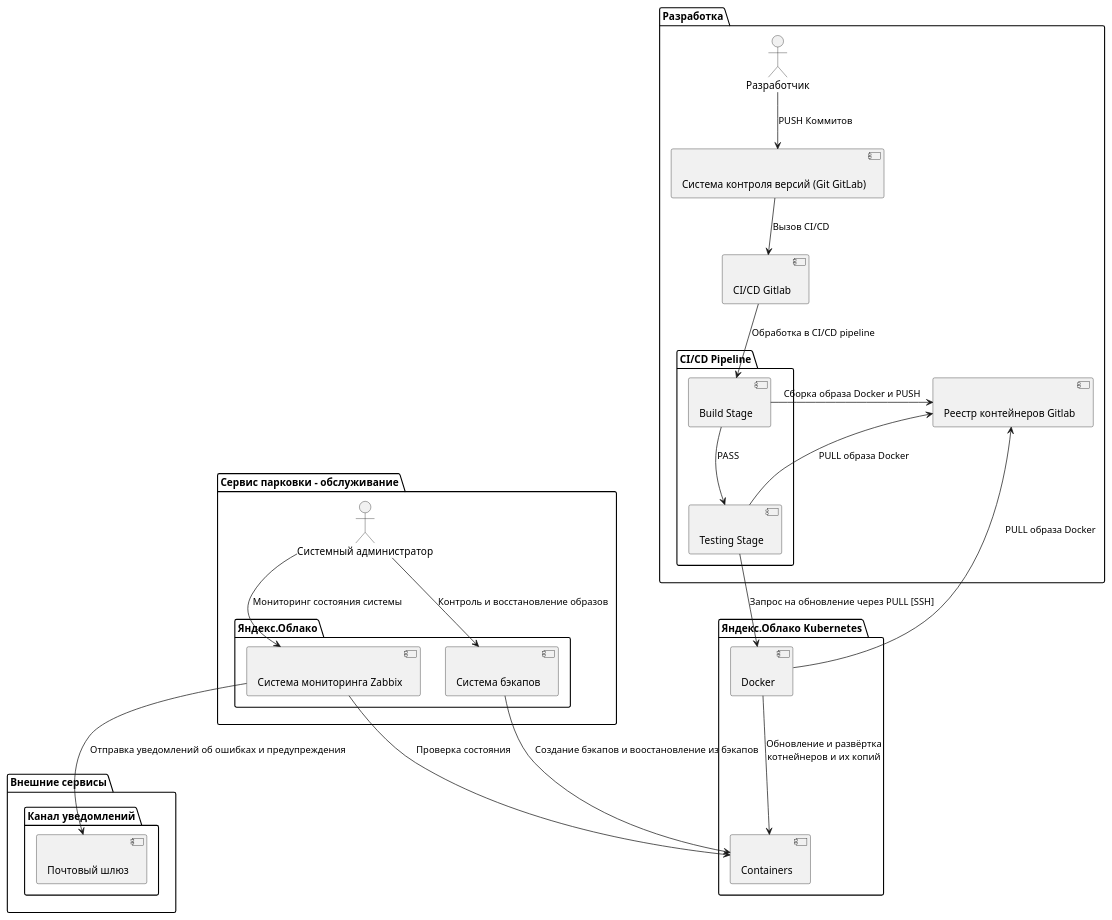
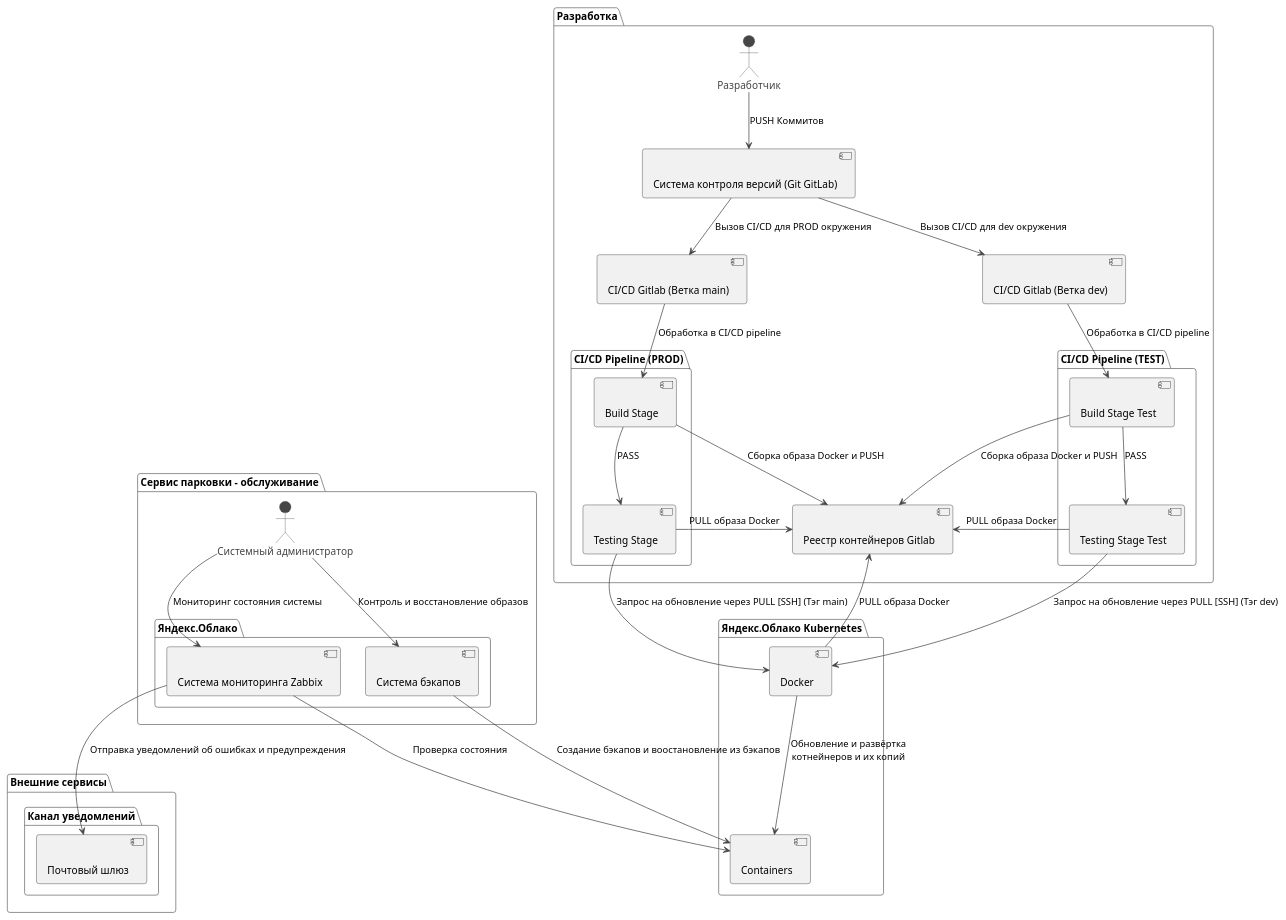
The diagram in 2. Технический проект/maintanence.puml (jmv52aof/project-doc), drawn with PlantUML before and after one commit. The commit also changed 1 other file, not shown here.

Commit message:
✏️ Правки диаграммы обслуживания

```diff
--- a/2. Технический проект/maintanence.puml
+++ b/2. Технический проект/maintanence.puml
@@ -1,48 +1,59 @@
 @startuml
+!theme vibrant
 
 package "Яндекс.Облако Kubernetes" as k8s {
   [Docker] as docker << (C, #FFAAAA) >>
   [Containers] as containers << (C, #FFAAAA) >>
 }
 
 package "Сервис парковки - обслуживание" as maintenance {
     actor "Системный администратор" as sys_admin
     package "Яндекс.Облако" as cloud {
       [Система мониторинга Zabbix] as monitoring_service << (C, #FFAAAA) >>
       [Система бэкапов] as backup_service << (C, #FFAAAA) >>
     }
 }
 
 package "Внешние сервисы" as outer_services {
     package "Канал уведомлений" as notifications {
         [Почтовый шлюз] as email_service << (C, #FFAAAA) >>
     }
 }
 
 package "Разработка" as development {
     actor "Разработчик" as developer
     [Система контроля версий (Git GitLab)] as vcs << (C, #FFAAAA) >>
-    [CI/CD Gitlab] as cicd << (C, #FFAAAA) >>
-    package "CI/CD Pipeline" as build {
+    [CI/CD Gitlab (Ветка main)] as cicd << (C, #FFAAAA) >>
+    [CI/CD Gitlab (Ветка dev)] as cicdtest << (C, #FFAAAA) >>
+    package "CI/CD Pipeline (PROD)" as build {
       [Build Stage] as buildstage << (C, #FFAAAA) >>
       [Testing Stage] as testingstage << (C, #FFAAAA) >>
+    }
+    package "CI/CD Pipeline (TEST)" as buildtest {
+      [Build Stage Test] as buildstagetest << (C, #FFAAAA) >>
+      [Testing Stage Test] as testingstagetest << (C, #FFAAAA) >>
     }
     [Реестр контейнеров Gitlab] as containeregistry << (C, #FFAAAA) >>
 }
 
 sys_admin --> monitoring_service : "Мониторинг состояния системы"
 sys_admin --> backup_service : "Контроль и восстановление образов"
 monitoring_service --> email_service : "Отправка уведомлений об ошибках и предупреждения"
 developer --> vcs : "PUSH Коммитов"
-vcs --> cicd : "Вызов CI/CD"
+vcs --> cicd : "Вызов CI/CD для PROD окружения"
+vcs --> cicdtest : "Вызов CI/CD для dev окружения"
 cicd --> buildstage : "Обработка в CI/CD pipeline"
+cicdtest --> buildstagetest : "Обработка в CI/CD pipeline"
 buildstage --> containeregistry : "Сборка образа Docker и PUSH"
+buildstagetest --> containeregistry : "Сборка образа Docker и PUSH"
 containeregistry <-- testingstage : "PULL образа Docker"
+containeregistry <-- testingstagetest : "PULL образа Docker"
 buildstage --> testingstage : "PASS"
-testingstage --> docker : "Запрос на обновление через PULL [SSH]"
+buildstagetest --> testingstagetest : "PASS"
+testingstage --> docker : "Запрос на обновление через PULL [SSH] (Тэг main)"
+testingstagetest --> docker : "Запрос на обновление через PULL [SSH] (Тэг dev)"
 docker --> containeregistry : "PULL образа Docker"
 docker --> containers : "Обновление и развёртка\nкотнейнеров и их копий"
 monitoring_service --> containers : "Проверка состояния"
 backup_service --> containers : "Создание бэкапов и воостановление из бэкапов"
-
 @enduml
```
